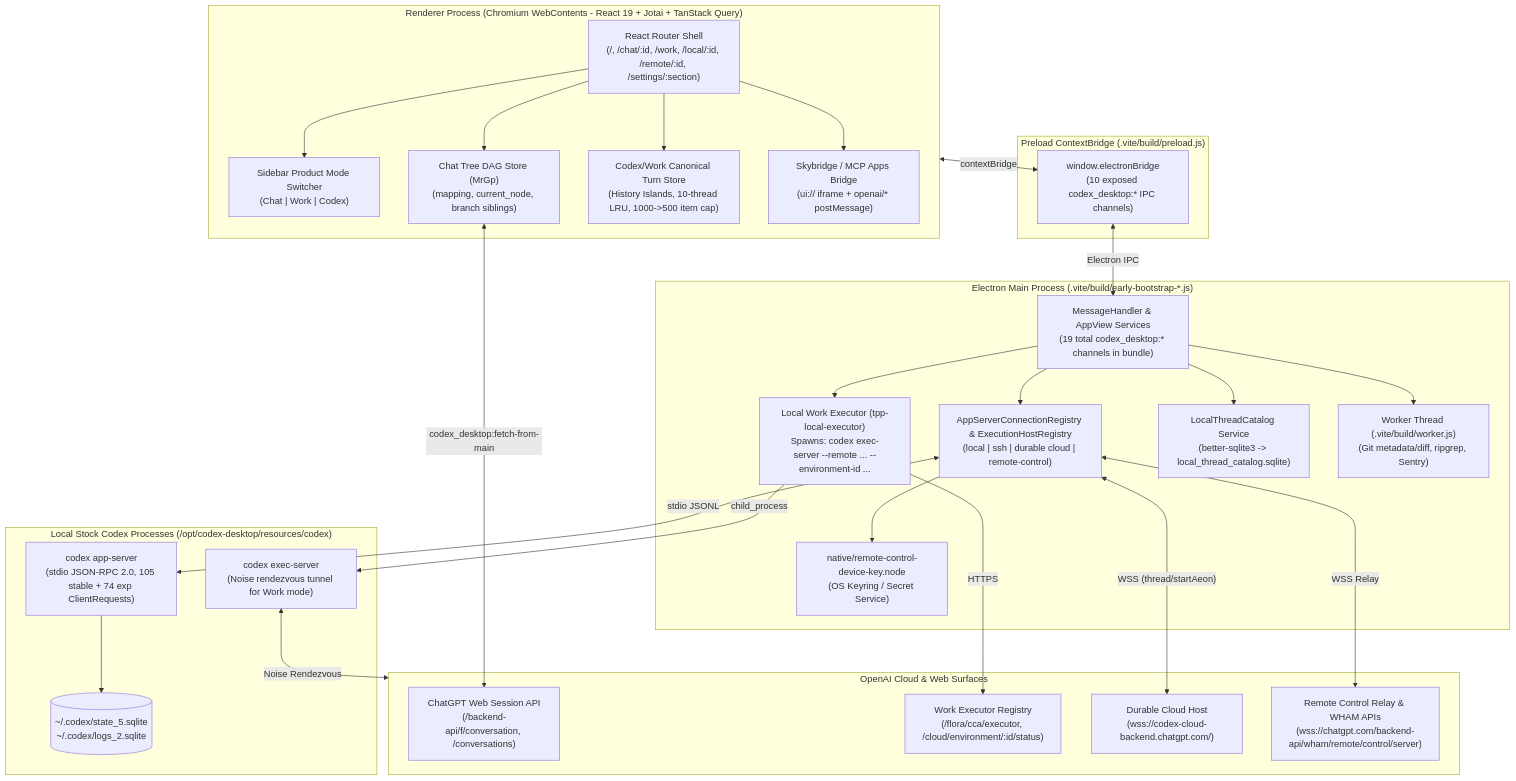
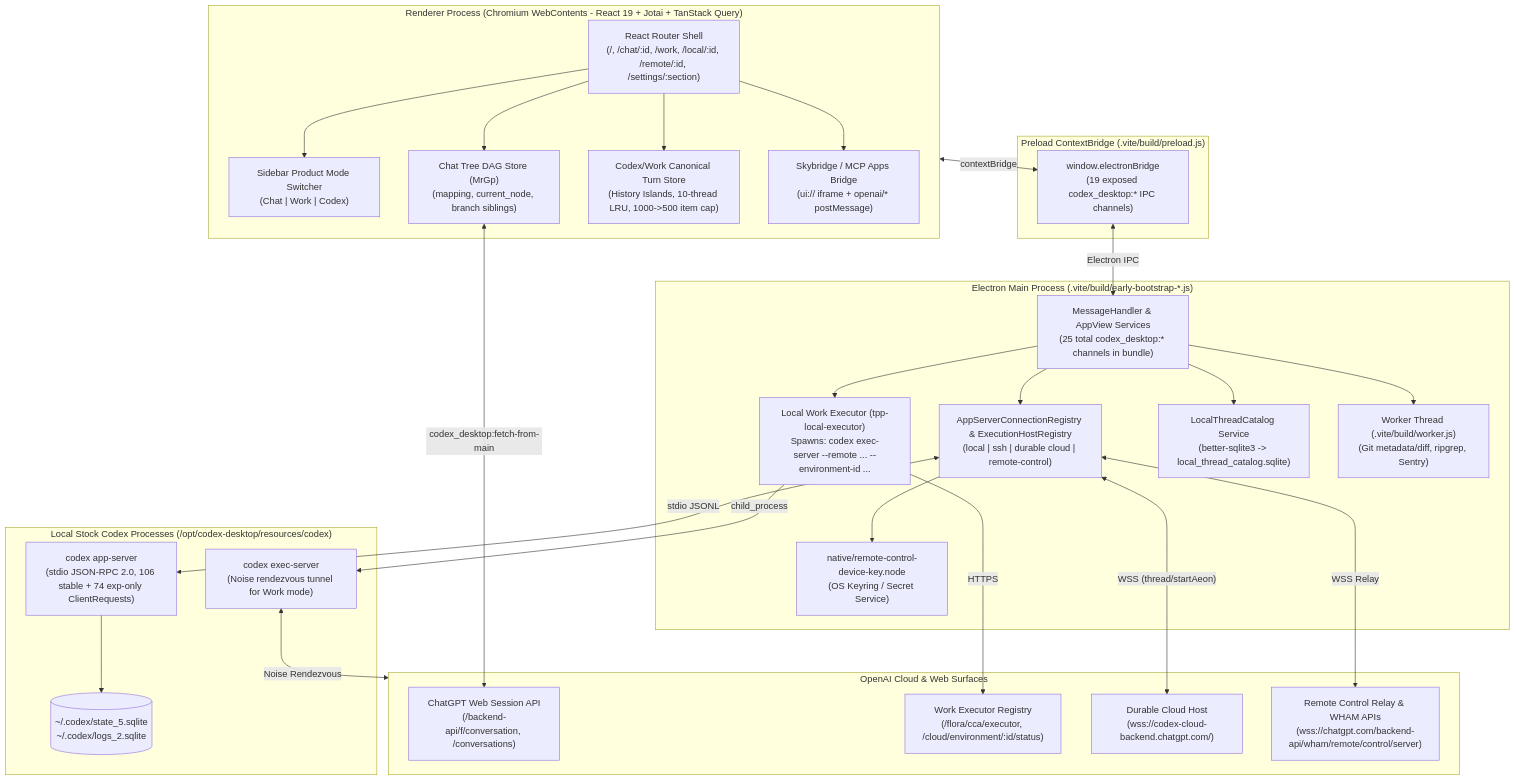
Before and after one commit to Axiaobo7788/Codex-Native-Unoffical: the diagram in docs/reverse/DESKTOP_ARCHITECTURE_MAP.md, drawn with Mermaid. The commit also changed other lines of this file and 8 other files, not shown here.

````diff
--- a/docs/reverse/DESKTOP_ARCHITECTURE_MAP.md
+++ b/docs/reverse/DESKTOP_ARCHITECTURE_MAP.md
@@ -50,56 +50,56 @@
 ```mermaid
 flowchart TB
     subgraph Renderer["Renderer Process (Chromium WebContents - React 19 + Jotai + TanStack Query)"]
         Router["React Router Shell\n(/, /chat/:id, /work, /local/:id, /remote/:id, /settings/:section)"]
         ModeSwitch["Sidebar Product Mode Switcher\n(Chat | Work | Codex)"]
         ChatDAG["Chat Tree DAG Store (MrGp)\n(mapping, current_node, branch siblings)"]
         CodexStore["Codex/Work Canonical Turn Store\n(History Islands, 10-thread LRU, 1000->500 item cap)"]
         Skybridge["Skybridge / MCP Apps Bridge\n(ui:// iframe + openai/* postMessage)"]
     end
 
     subgraph Preload["Preload ContextBridge (.vite/build/preload.js)"]
-        ElectronBridge["window.electronBridge\n(10 exposed codex_desktop:* IPC channels)"]
+        ElectronBridge["window.electronBridge\n(19 exposed codex_desktop:* IPC channels)"]
     end
 
     subgraph Main["Electron Main Process (.vite/build/early-bootstrap-*.js)"]
-        IPCRouter["MessageHandler & AppView Services\n(19 total codex_desktop:* channels in bundle)"]
+        IPCRouter["MessageHandler & AppView Services\n(25 total codex_desktop:* channels in bundle)"]
         HostRegistry["AppServerConnectionRegistry & ExecutionHostRegistry\n(local | ssh | durable cloud | remote-control)"]
         TPPLocalExec["Local Work Executor (tpp-local-executor)\nSpawns: codex exec-server --remote ... --environment-id ..."]
         CatalogDB["LocalThreadCatalog Service\n(better-sqlite3 -> local_thread_catalog.sqlite)"]
         GitWorker["Worker Thread (.vite/build/worker.js)\n(Git metadata/diff, ripgrep, Sentry)"]
         DeviceKey["native/remote-control-device-key.node\n(OS Keyring / Secret Service)"]
     end
 
     subgraph LocalRuntimes["Local Stock Codex Processes (/opt/codex-desktop/resources/codex)"]
-        AppServer["codex app-server\n(stdio JSON-RPC 2.0, 105 stable + 74 exp ClientRequests)"]
+        AppServer["codex app-server\n(stdio JSON-RPC 2.0, 106 stable + 74 exp-only ClientRequests)"]
         ExecServer["codex exec-server\n(Noise rendezvous tunnel for Work mode)"]
         StateDB[("~/.codex/state_5.sqlite\n~/.codex/logs_2.sqlite")]
     end
 
     subgraph CloudServices["OpenAI Cloud & Web Surfaces"]
         ConvAPI["ChatGPT Web Session API\n(/backend-api/f/conversation, /conversations)"]
         FloraAPI["Work Executor Registry\n(/flora/cca/executor, /cloud/environment/:id/status)"]
         AeonWS["Durable Cloud Host\n(wss://codex-cloud-backend.chatgpt.com/)"]
         WhamRelay["Remote Control Relay & WHAM APIs\n(wss://chatgpt.com/backend-api/wham/remote/control/server)"]
     end
 
     Router --> ModeSwitch
     Router --> ChatDAG
     Router --> CodexStore
     Router --> Skybridge
     Renderer <-->|"contextBridge"| ElectronBridge
     ElectronBridge <-->|"Electron IPC"| IPCRouter
     IPCRouter --> HostRegistry
     IPCRouter --> TPPLocalExec
     IPCRouter --> CatalogDB
     IPCRouter --> GitWorker
     HostRegistry --> DeviceKey
     HostRegistry <-->|"stdio JSONL"| AppServer
     AppServer --> StateDB
     TPPLocalExec -->|"child_process"| ExecServer
     TPPLocalExec -->|"HTTPS"| FloraAPI
     ExecServer <-->|"Noise Rendezvous"| CloudServices
     HostRegistry <-->|"WSS (thread/startAeon)"| AeonWS
     HostRegistry <-->|"WSS Relay"| WhamRelay
     ChatDAG <-->|"codex_desktop:fetch-from-main"| ConvAPI
 ```
````
